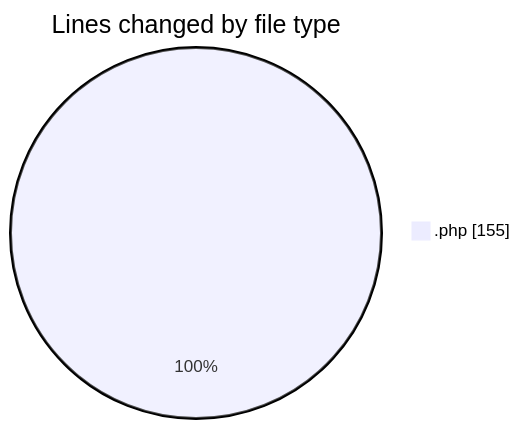
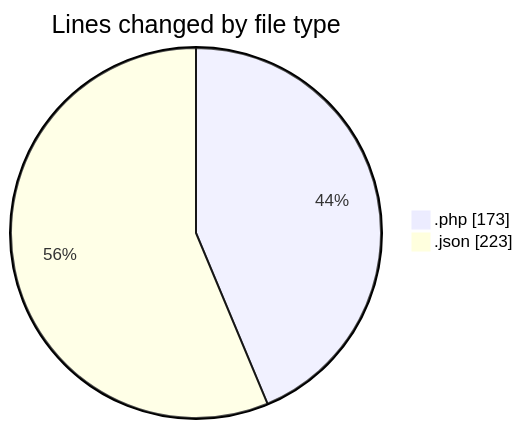
One commit to idhammustaqopulfikri/code-tracking changed the first of 2 diagrams in 2025-03-27/autodidak/README.md. Above: the diagram before and after it, drawn with Mermaid. The commit also changed other lines of this file and 1 other file, not shown here.

````diff
--- a/2025-03-27/autodidak/README.md
+++ b/2025-03-27/autodidak/README.md
@@ -22,5 +23,6 @@
 ```mermaid
 pie showData
 title Lines changed by file type
-".php" : 155
+".php" : 173
+".json" : 223
 ```
````
